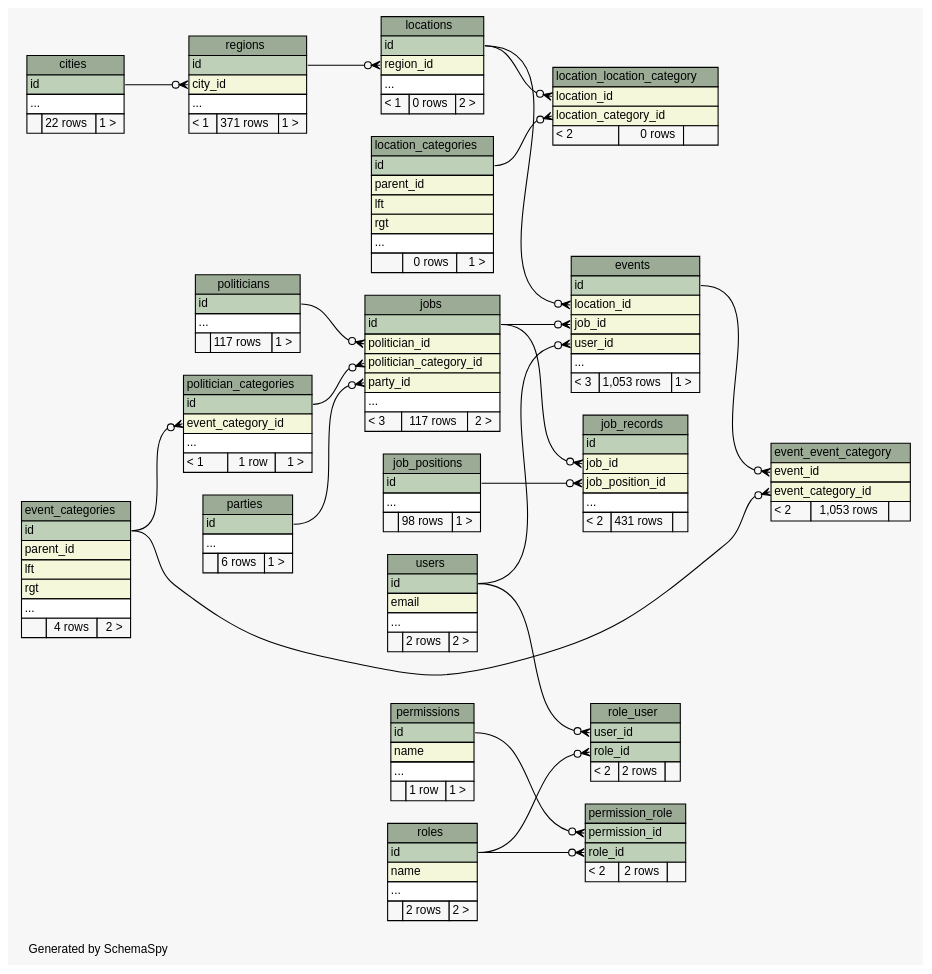
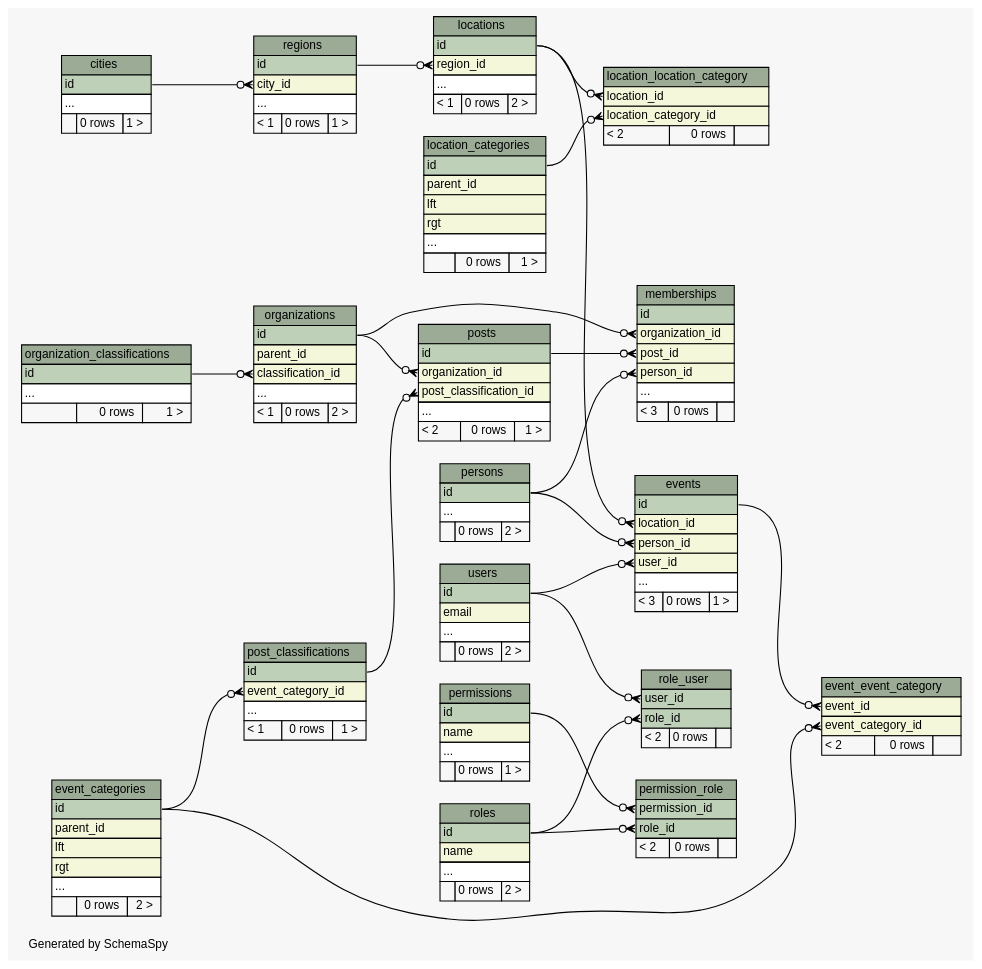
Before and after one commit to g0v/poli-radar-api: the diagram in docs/diagrams/summary/relationships.real.compact.dot, drawn with Graphviz. The commit also changed 140 other files, not shown here.

```diff
--- a/docs/diagrams/summary/relationships.real.compact.dot
+++ b/docs/diagrams/summary/relationships.real.compact.dot
@@ -25,7 +25,7 @@
       <TR><TD COLSPAN="3" BGCOLOR="#9bab96" ALIGN="CENTER">cities</TD></TR>
       <TR><TD PORT="id" COLSPAN="3" BGCOLOR="#bed1b8" ALIGN="LEFT">id</TD></TR>
       <TR><TD PORT="elipses" COLSPAN="3" ALIGN="LEFT">...</TD></TR>
-      <TR><TD ALIGN="LEFT" BGCOLOR="#f7f7f7">  </TD><TD ALIGN="RIGHT" BGCOLOR="#f7f7f7">22 rows</TD><TD ALIGN="RIGHT" BGCOLOR="#f7f7f7">1 &gt;</TD></TR>
+      <TR><TD ALIGN="LEFT" BGCOLOR="#f7f7f7">  </TD><TD ALIGN="RIGHT" BGCOLOR="#f7f7f7">0 rows</TD><TD ALIGN="RIGHT" BGCOLOR="#f7f7f7">1 &gt;</TD></TR>
     </TABLE>>
     URL="tables/cities.html"
     tooltip="cities"
@@ -39,7 +39,7 @@
       <TR><TD PORT="lft" COLSPAN="3" BGCOLOR="#f4f7da" ALIGN="LEFT">lft</TD></TR>
       <TR><TD PORT="rgt" COLSPAN="3" BGCOLOR="#f4f7da" ALIGN="LEFT">rgt</TD></TR>
       <TR><TD PORT="elipses" COLSPAN="3" ALIGN="LEFT">...</TD></TR>
-      <TR><TD ALIGN="LEFT" BGCOLOR="#f7f7f7">  </TD><TD ALIGN="RIGHT" BGCOLOR="#f7f7f7">4 rows</TD><TD ALIGN="RIGHT" BGCOLOR="#f7f7f7">2 &gt;</TD></TR>
+      <TR><TD ALIGN="LEFT" BGCOLOR="#f7f7f7">  </TD><TD ALIGN="RIGHT" BGCOLOR="#f7f7f7">0 rows</TD><TD ALIGN="RIGHT" BGCOLOR="#f7f7f7">2 &gt;</TD></TR>
     </TABLE>>
     URL="tables/event_categories.html"
     tooltip="event_categories"
@@ -50,7 +50,7 @@
       <TR><TD COLSPAN="3" BGCOLOR="#9bab96" ALIGN="CENTER">event_event_category</TD></TR>
       <TR><TD PORT="event_id" COLSPAN="3" BGCOLOR="#f4f7da" ALIGN="LEFT">event_id</TD></TR>
       <TR><TD PORT="event_category_id" COLSPAN="3" BGCOLOR="#f4f7da" ALIGN="LEFT">event_category_id</TD></TR>
-      <TR><TD ALIGN="LEFT" BGCOLOR="#f7f7f7">&lt; 2</TD><TD ALIGN="RIGHT" BGCOLOR="#f7f7f7">1,053 rows</TD><TD ALIGN="RIGHT" BGCOLOR="#f7f7f7">  </TD></TR>
+      <TR><TD ALIGN="LEFT" BGCOLOR="#f7f7f7">&lt; 2</TD><TD ALIGN="RIGHT" BGCOLOR="#f7f7f7">0 rows</TD><TD ALIGN="RIGHT" BGCOLOR="#f7f7f7">  </TD></TR>
     </TABLE>>
     URL="tables/event_event_category.html"
     tooltip="event_event_category"
@@ -61,51 +61,13 @@
       <TR><TD COLSPAN="3" BGCOLOR="#9bab96" ALIGN="CENTER">events</TD></TR>
       <TR><TD PORT="id" COLSPAN="3" BGCOLOR="#bed1b8" ALIGN="LEFT">id</TD></TR>
       <TR><TD PORT="location_id" COLSPAN="3" BGCOLOR="#f4f7da" ALIGN="LEFT">location_id</TD></TR>
-      <TR><TD PORT="job_id" COLSPAN="3" BGCOLOR="#f4f7da" ALIGN="LEFT">job_id</TD></TR>
+      <TR><TD PORT="person_id" COLSPAN="3" BGCOLOR="#f4f7da" ALIGN="LEFT">person_id</TD></TR>
       <TR><TD PORT="user_id" COLSPAN="3" BGCOLOR="#f4f7da" ALIGN="LEFT">user_id</TD></TR>
       <TR><TD PORT="elipses" COLSPAN="3" ALIGN="LEFT">...</TD></TR>
-      <TR><TD ALIGN="LEFT" BGCOLOR="#f7f7f7">&lt; 3</TD><TD ALIGN="RIGHT" BGCOLOR="#f7f7f7">1,053 rows</TD><TD ALIGN="RIGHT" BGCOLOR="#f7f7f7">1 &gt;</TD></TR>
+      <TR><TD ALIGN="LEFT" BGCOLOR="#f7f7f7">&lt; 3</TD><TD ALIGN="RIGHT" BGCOLOR="#f7f7f7">0 rows</TD><TD ALIGN="RIGHT" BGCOLOR="#f7f7f7">1 &gt;</TD></TR>
     </TABLE>>
     URL="tables/events.html"
     tooltip="events"
-  ];
-  "job_positions" [
-    label=<
-    <TABLE BORDER="0" CELLBORDER="1" CELLSPACING="0" BGCOLOR="#ffffff">
-      <TR><TD COLSPAN="3" BGCOLOR="#9bab96" ALIGN="CENTER">job_positions</TD></TR>
-      <TR><TD PORT="id" COLSPAN="3" BGCOLOR="#bed1b8" ALIGN="LEFT">id</TD></TR>
-      <TR><TD PORT="elipses" COLSPAN="3" ALIGN="LEFT">...</TD></TR>
-      <TR><TD ALIGN="LEFT" BGCOLOR="#f7f7f7">  </TD><TD ALIGN="RIGHT" BGCOLOR="#f7f7f7">98 rows</TD><TD ALIGN="RIGHT" BGCOLOR="#f7f7f7">1 &gt;</TD></TR>
-    </TABLE>>
-    URL="tables/job_positions.html"
-    tooltip="job_positions"
-  ];
-  "job_records" [
-    label=<
-    <TABLE BORDER="0" CELLBORDER="1" CELLSPACING="0" BGCOLOR="#ffffff">
-      <TR><TD COLSPAN="3" BGCOLOR="#9bab96" ALIGN="CENTER">job_records</TD></TR>
-      <TR><TD PORT="id" COLSPAN="3" BGCOLOR="#bed1b8" ALIGN="LEFT">id</TD></TR>
-      <TR><TD PORT="job_id" COLSPAN="3" BGCOLOR="#f4f7da" ALIGN="LEFT">job_id</TD></TR>
-      <TR><TD PORT="job_position_id" COLSPAN="3" BGCOLOR="#f4f7da" ALIGN="LEFT">job_position_id</TD></TR>
-      <TR><TD PORT="elipses" COLSPAN="3" ALIGN="LEFT">...</TD></TR>
-      <TR><TD ALIGN="LEFT" BGCOLOR="#f7f7f7">&lt; 2</TD><TD ALIGN="RIGHT" BGCOLOR="#f7f7f7">431 rows</TD><TD ALIGN="RIGHT" BGCOLOR="#f7f7f7">  </TD></TR>
-    </TABLE>>
-    URL="tables/job_records.html"
-    tooltip="job_records"
-  ];
-  "jobs" [
-    label=<
-    <TABLE BORDER="0" CELLBORDER="1" CELLSPACING="0" BGCOLOR="#ffffff">
-      <TR><TD COLSPAN="3" BGCOLOR="#9bab96" ALIGN="CENTER">jobs</TD></TR>
-      <TR><TD PORT="id" COLSPAN="3" BGCOLOR="#bed1b8" ALIGN="LEFT">id</TD></TR>
-      <TR><TD PORT="politician_id" COLSPAN="3" BGCOLOR="#f4f7da" ALIGN="LEFT">politician_id</TD></TR>
-      <TR><TD PORT="politician_category_id" COLSPAN="3" BGCOLOR="#f4f7da" ALIGN="LEFT">politician_category_id</TD></TR>
-      <TR><TD PORT="party_id" COLSPAN="3" BGCOLOR="#f4f7da" ALIGN="LEFT">party_id</TD></TR>
-      <TR><TD PORT="elipses" COLSPAN="3" ALIGN="LEFT">...</TD></TR>
-      <TR><TD ALIGN="LEFT" BGCOLOR="#f7f7f7">&lt; 3</TD><TD ALIGN="RIGHT" BGCOLOR="#f7f7f7">117 rows</TD><TD ALIGN="RIGHT" BGCOLOR="#f7f7f7">2 &gt;</TD></TR>
-    </TABLE>>
-    URL="tables/jobs.html"
-    tooltip="jobs"
   ];
   "location_categories" [
     label=<
@@ -144,16 +106,43 @@
     URL="tables/locations.html"
     tooltip="locations"
   ];
-  "parties" [
+  "memberships" [
     label=<
     <TABLE BORDER="0" CELLBORDER="1" CELLSPACING="0" BGCOLOR="#ffffff">
-      <TR><TD COLSPAN="3" BGCOLOR="#9bab96" ALIGN="CENTER">parties</TD></TR>
+      <TR><TD COLSPAN="3" BGCOLOR="#9bab96" ALIGN="CENTER">memberships</TD></TR>
+      <TR><TD PORT="id" COLSPAN="3" BGCOLOR="#bed1b8" ALIGN="LEFT">id</TD></TR>
+      <TR><TD PORT="organization_id" COLSPAN="3" BGCOLOR="#f4f7da" ALIGN="LEFT">organization_id</TD></TR>
+      <TR><TD PORT="post_id" COLSPAN="3" BGCOLOR="#f4f7da" ALIGN="LEFT">post_id</TD></TR>
+      <TR><TD PORT="person_id" COLSPAN="3" BGCOLOR="#f4f7da" ALIGN="LEFT">person_id</TD></TR>
+      <TR><TD PORT="elipses" COLSPAN="3" ALIGN="LEFT">...</TD></TR>
+      <TR><TD ALIGN="LEFT" BGCOLOR="#f7f7f7">&lt; 3</TD><TD ALIGN="RIGHT" BGCOLOR="#f7f7f7">0 rows</TD><TD ALIGN="RIGHT" BGCOLOR="#f7f7f7">  </TD></TR>
+    </TABLE>>
+    URL="tables/memberships.html"
+    tooltip="memberships"
+  ];
+  "organization_classifications" [
+    label=<
+    <TABLE BORDER="0" CELLBORDER="1" CELLSPACING="0" BGCOLOR="#ffffff">
+      <TR><TD COLSPAN="3" BGCOLOR="#9bab96" ALIGN="CENTER">organization_classifications</TD></TR>
       <TR><TD PORT="id" COLSPAN="3" BGCOLOR="#bed1b8" ALIGN="LEFT">id</TD></TR>
       <TR><TD PORT="elipses" COLSPAN="3" ALIGN="LEFT">...</TD></TR>
-      <TR><TD ALIGN="LEFT" BGCOLOR="#f7f7f7">  </TD><TD ALIGN="RIGHT" BGCOLOR="#f7f7f7">6 rows</TD><TD ALIGN="RIGHT" BGCOLOR="#f7f7f7">1 &gt;</TD></TR>
+      <TR><TD ALIGN="LEFT" BGCOLOR="#f7f7f7">  </TD><TD ALIGN="RIGHT" BGCOLOR="#f7f7f7">0 rows</TD><TD ALIGN="RIGHT" BGCOLOR="#f7f7f7">1 &gt;</TD></TR>
     </TABLE>>
-    URL="tables/parties.html"
-    tooltip="parties"
+    URL="tables/organization_classifications.html"
+    tooltip="organization_classifications"
+  ];
+  "organizations" [
+    label=<
+    <TABLE BORDER="0" CELLBORDER="1" CELLSPACING="0" BGCOLOR="#ffffff">
+      <TR><TD COLSPAN="3" BGCOLOR="#9bab96" ALIGN="CENTER">organizations</TD></TR>
+      <TR><TD PORT="id" COLSPAN="3" BGCOLOR="#bed1b8" ALIGN="LEFT">id</TD></TR>
+      <TR><TD PORT="parent_id" COLSPAN="3" BGCOLOR="#f4f7da" ALIGN="LEFT">parent_id</TD></TR>
+      <TR><TD PORT="classification_id" COLSPAN="3" BGCOLOR="#f4f7da" ALIGN="LEFT">classification_id</TD></TR>
+      <TR><TD PORT="elipses" COLSPAN="3" ALIGN="LEFT">...</TD></TR>
+      <TR><TD ALIGN="LEFT" BGCOLOR="#f7f7f7">&lt; 1</TD><TD ALIGN="RIGHT" BGCOLOR="#f7f7f7">0 rows</TD><TD ALIGN="RIGHT" BGCOLOR="#f7f7f7">2 &gt;</TD></TR>
+    </TABLE>>
+    URL="tables/organizations.html"
+    tooltip="organizations"
   ];
   "permission_role" [
     label=<
@@ -161,7 +150,7 @@
       <TR><TD COLSPAN="3" BGCOLOR="#9bab96" ALIGN="CENTER">permission_role</TD></TR>
       <TR><TD PORT="permission_id" COLSPAN="3" BGCOLOR="#bed1b8" ALIGN="LEFT">permission_id</TD></TR>
       <TR><TD PORT="role_id" COLSPAN="3" BGCOLOR="#bed1b8" ALIGN="LEFT">role_id</TD></TR>
-      <TR><TD ALIGN="LEFT" BGCOLOR="#f7f7f7">&lt; 2</TD><TD ALIGN="RIGHT" BGCOLOR="#f7f7f7">2 rows</TD><TD ALIGN="RIGHT" BGCOLOR="#f7f7f7">  </TD></TR>
+      <TR><TD ALIGN="LEFT" BGCOLOR="#f7f7f7">&lt; 2</TD><TD ALIGN="RIGHT" BGCOLOR="#f7f7f7">0 rows</TD><TD ALIGN="RIGHT" BGCOLOR="#f7f7f7">  </TD></TR>
     </TABLE>>
     URL="tables/permission_role.html"
     tooltip="permission_role"
@@ -173,33 +162,46 @@
       <TR><TD PORT="id" COLSPAN="3" BGCOLOR="#bed1b8" ALIGN="LEFT">id</TD></TR>
       <TR><TD PORT="name" COLSPAN="3" BGCOLOR="#f4f7da" ALIGN="LEFT">name</TD></TR>
       <TR><TD PORT="elipses" COLSPAN="3" ALIGN="LEFT">...</TD></TR>
-      <TR><TD ALIGN="LEFT" BGCOLOR="#f7f7f7">  </TD><TD ALIGN="RIGHT" BGCOLOR="#f7f7f7">1 row</TD><TD ALIGN="RIGHT" BGCOLOR="#f7f7f7">1 &gt;</TD></TR>
+      <TR><TD ALIGN="LEFT" BGCOLOR="#f7f7f7">  </TD><TD ALIGN="RIGHT" BGCOLOR="#f7f7f7">0 rows</TD><TD ALIGN="RIGHT" BGCOLOR="#f7f7f7">1 &gt;</TD></TR>
     </TABLE>>
     URL="tables/permissions.html"
     tooltip="permissions"
   ];
-  "politician_categories" [
+  "persons" [
     label=<
     <TABLE BORDER="0" CELLBORDER="1" CELLSPACING="0" BGCOLOR="#ffffff">
-      <TR><TD COLSPAN="3" BGCOLOR="#9bab96" ALIGN="CENTER">politician_categories</TD></TR>
+      <TR><TD COLSPAN="3" BGCOLOR="#9bab96" ALIGN="CENTER">persons</TD></TR>
+      <TR><TD PORT="id" COLSPAN="3" BGCOLOR="#bed1b8" ALIGN="LEFT">id</TD></TR>
+      <TR><TD PORT="elipses" COLSPAN="3" ALIGN="LEFT">...</TD></TR>
+      <TR><TD ALIGN="LEFT" BGCOLOR="#f7f7f7">  </TD><TD ALIGN="RIGHT" BGCOLOR="#f7f7f7">0 rows</TD><TD ALIGN="RIGHT" BGCOLOR="#f7f7f7">2 &gt;</TD></TR>
+    </TABLE>>
+    URL="tables/persons.html"
+    tooltip="persons"
+  ];
+  "post_classifications" [
+    label=<
+    <TABLE BORDER="0" CELLBORDER="1" CELLSPACING="0" BGCOLOR="#ffffff">
+      <TR><TD COLSPAN="3" BGCOLOR="#9bab96" ALIGN="CENTER">post_classifications</TD></TR>
       <TR><TD PORT="id" COLSPAN="3" BGCOLOR="#bed1b8" ALIGN="LEFT">id</TD></TR>
       <TR><TD PORT="event_category_id" COLSPAN="3" BGCOLOR="#f4f7da" ALIGN="LEFT">event_category_id</TD></TR>
       <TR><TD PORT="elipses" COLSPAN="3" ALIGN="LEFT">...</TD></TR>
-      <TR><TD ALIGN="LEFT" BGCOLOR="#f7f7f7">&lt; 1</TD><TD ALIGN="RIGHT" BGCOLOR="#f7f7f7">1 row</TD><TD ALIGN="RIGHT" BGCOLOR="#f7f7f7">1 &gt;</TD></TR>
+      <TR><TD ALIGN="LEFT" BGCOLOR="#f7f7f7">&lt; 1</TD><TD ALIGN="RIGHT" BGCOLOR="#f7f7f7">0 rows</TD><TD ALIGN="RIGHT" BGCOLOR="#f7f7f7">1 &gt;</TD></TR>
     </TABLE>>
-    URL="tables/politician_categories.html"
-    tooltip="politician_categories"
+    URL="tables/post_classifications.html"
+    tooltip="post_classifications"
   ];
-  "politicians" [
+  "posts" [
     label=<
     <TABLE BORDER="0" CELLBORDER="1" CELLSPACING="0" BGCOLOR="#ffffff">
-      <TR><TD COLSPAN="3" BGCOLOR="#9bab96" ALIGN="CENTER">politicians</TD></TR>
+      <TR><TD COLSPAN="3" BGCOLOR="#9bab96" ALIGN="CENTER">posts</TD></TR>
       <TR><TD PORT="id" COLSPAN="3" BGCOLOR="#bed1b8" ALIGN="LEFT">id</TD></TR>
+      <TR><TD PORT="organization_id" COLSPAN="3" BGCOLOR="#f4f7da" ALIGN="LEFT">organization_id</TD></TR>
+      <TR><TD PORT="post_classification_id" COLSPAN="3" BGCOLOR="#f4f7da" ALIGN="LEFT">post_classification_id</TD></TR>
       <TR><TD PORT="elipses" COLSPAN="3" ALIGN="LEFT">...</TD></TR>
-      <TR><TD ALIGN="LEFT" BGCOLOR="#f7f7f7">  </TD><TD ALIGN="RIGHT" BGCOLOR="#f7f7f7">117 rows</TD><TD ALIGN="RIGHT" BGCOLOR="#f7f7f7">1 &gt;</TD></TR>
+      <TR><TD ALIGN="LEFT" BGCOLOR="#f7f7f7">&lt; 2</TD><TD ALIGN="RIGHT" BGCOLOR="#f7f7f7">0 rows</TD><TD ALIGN="RIGHT" BGCOLOR="#f7f7f7">1 &gt;</TD></TR>
     </TABLE>>
-    URL="tables/politicians.html"
-    tooltip="politicians"
+    URL="tables/posts.html"
+    tooltip="posts"
   ];
   "regions" [
     label=<
@@ -208,7 +210,7 @@
       <TR><TD PORT="id" COLSPAN="3" BGCOLOR="#bed1b8" ALIGN="LEFT">id</TD></TR>
       <TR><TD PORT="city_id" COLSPAN="3" BGCOLOR="#f4f7da" ALIGN="LEFT">city_id</TD></TR>
       <TR><TD PORT="elipses" COLSPAN="3" ALIGN="LEFT">...</TD></TR>
-      <TR><TD ALIGN="LEFT" BGCOLOR="#f7f7f7">&lt; 1</TD><TD ALIGN="RIGHT" BGCOLOR="#f7f7f7">371 rows</TD><TD ALIGN="RIGHT" BGCOLOR="#f7f7f7">1 &gt;</TD></TR>
+      <TR><TD ALIGN="LEFT" BGCOLOR="#f7f7f7">&lt; 1</TD><TD ALIGN="RIGHT" BGCOLOR="#f7f7f7">0 rows</TD><TD ALIGN="RIGHT" BGCOLOR="#f7f7f7">1 &gt;</TD></TR>
     </TABLE>>
     URL="tables/regions.html"
     tooltip="regions"
@@ -219,7 +221,7 @@
       <TR><TD COLSPAN="3" BGCOLOR="#9bab96" ALIGN="CENTER">role_user</TD></TR>
       <TR><TD PORT="user_id" COLSPAN="3" BGCOLOR="#bed1b8" ALIGN="LEFT">user_id</TD></TR>
       <TR><TD PORT="role_id" COLSPAN="3" BGCOLOR="#bed1b8" ALIGN="LEFT">role_id</TD></TR>
-      <TR><TD ALIGN="LEFT" BGCOLOR="#f7f7f7">&lt; 2</TD><TD ALIGN="RIGHT" BGCOLOR="#f7f7f7">2 rows</TD><TD ALIGN="RIGHT" BGCOLOR="#f7f7f7">  </TD></TR>
+      <TR><TD ALIGN="LEFT" BGCOLOR="#f7f7f7">&lt; 2</TD><TD ALIGN="RIGHT" BGCOLOR="#f7f7f7">0 rows</TD><TD ALIGN="RIGHT" BGCOLOR="#f7f7f7">  </TD></TR>
     </TABLE>>
     URL="tables/role_user.html"
     tooltip="role_user"
@@ -231,7 +233,7 @@
       <TR><TD PORT="id" COLSPAN="3" BGCOLOR="#bed1b8" ALIGN="LEFT">id</TD></TR>
       <TR><TD PORT="name" COLSPAN="3" BGCOLOR="#f4f7da" ALIGN="LEFT">name</TD></TR>
       <TR><TD PORT="elipses" COLSPAN="3" ALIGN="LEFT">...</TD></TR>
-      <TR><TD ALIGN="LEFT" BGCOLOR="#f7f7f7">  </TD><TD ALIGN="RIGHT" BGCOLOR="#f7f7f7">2 rows</TD><TD ALIGN="RIGHT" BGCOLOR="#f7f7f7">2 &gt;</TD></TR>
+      <TR><TD ALIGN="LEFT" BGCOLOR="#f7f7f7">  </TD><TD ALIGN="RIGHT" BGCOLOR="#f7f7f7">0 rows</TD><TD ALIGN="RIGHT" BGCOLOR="#f7f7f7">2 &gt;</TD></TR>
     </TABLE>>
     URL="tables/roles.html"
     tooltip="roles"
@@ -243,27 +245,28 @@
       <TR><TD PORT="id" COLSPAN="3" BGCOLOR="#bed1b8" ALIGN="LEFT">id</TD></TR>
       <TR><TD PORT="email" COLSPAN="3" BGCOLOR="#f4f7da" ALIGN="LEFT">email</TD></TR>
       <TR><TD PORT="elipses" COLSPAN="3" ALIGN="LEFT">...</TD></TR>
-      <TR><TD ALIGN="LEFT" BGCOLOR="#f7f7f7">  </TD><TD ALIGN="RIGHT" BGCOLOR="#f7f7f7">2 rows</TD><TD ALIGN="RIGHT" BGCOLOR="#f7f7f7">2 &gt;</TD></TR>
+      <TR><TD ALIGN="LEFT" BGCOLOR="#f7f7f7">  </TD><TD ALIGN="RIGHT" BGCOLOR="#f7f7f7">0 rows</TD><TD ALIGN="RIGHT" BGCOLOR="#f7f7f7">2 &gt;</TD></TR>
     </TABLE>>
     URL="tables/users.html"
     tooltip="users"
   ];
   "event_event_category":"event_category_id":w -> "event_categories":"id":e [arrowhead=none dir=back arrowtail=crowodot];
   "event_event_category":"event_id":w -> "events":"id":e [arrowhead=none dir=back arrowtail=crowodot];
-  "events":"job_id":w -> "jobs":"id":e [arrowhead=none dir=back arrowtail=crowodot];
   "events":"location_id":w -> "locations":"id":e [arrowhead=none dir=back arrowtail=crowodot];
+  "events":"person_id":w -> "persons":"id":e [arrowhead=none dir=back arrowtail=crowodot];
   "events":"user_id":w -> "users":"id":e [arrowhead=none dir=back arrowtail=crowodot];
-  "job_records":"job_id":w -> "jobs":"id":e [arrowhead=none dir=back arrowtail=crowodot];
-  "job_records":"job_position_id":w -> "job_positions":"id":e [arrowhead=none dir=back arrowtail=crowodot];
-  "jobs":"party_id":w -> "parties":"id":e [arrowhead=none dir=back arrowtail=crowodot];
-  "jobs":"politician_category_id":w -> "politician_categories":"id":e [arrowhead=none dir=back arrowtail=crowodot];
-  "jobs":"politician_id":w -> "politicians":"id":e [arrowhead=none dir=back arrowtail=crowodot];
   "location_location_category":"location_category_id":w -> "location_categories":"id":e [arrowhead=none dir=back arrowtail=crowodot];
   "location_location_category":"location_id":w -> "locations":"id":e [arrowhead=none dir=back arrowtail=crowodot];
   "locations":"region_id":w -> "regions":"id":e [arrowhead=none dir=back arrowtail=crowodot];
+  "memberships":"organization_id":w -> "organizations":"id":e [arrowhead=none dir=back arrowtail=crowodot];
+  "memberships":"person_id":w -> "persons":"id":e [arrowhead=none dir=back arrowtail=crowodot];
+  "memberships":"post_id":w -> "posts":"id":e [arrowhead=none dir=back arrowtail=crowodot];
+  "organizations":"classification_id":w -> "organization_classifications":"id":e [arrowhead=none dir=back arrowtail=crowodot];
   "permission_role":"permission_id":w -> "permissions":"id":e [arrowhead=none dir=back arrowtail=crowodot];
   "permission_role":"role_id":w -> "roles":"id":e [arrowhead=none dir=back arrowtail=crowodot];
-  "politician_categories":"event_category_id":w -> "event_categories":"id":e [arrowhead=none dir=back arrowtail=crowodot];
+  "post_classifications":"event_category_id":w -> "event_categories":"id":e [arrowhead=none dir=back arrowtail=crowodot];
+  "posts":"organization_id":w -> "organizations":"id":e [arrowhead=none dir=back arrowtail=crowodot];
+  "posts":"post_classification_id":w -> "post_classifications":"id":e [arrowhead=none dir=back arrowtail=crowodot];
   "regions":"city_id":w -> "cities":"id":e [arrowhead=none dir=back arrowtail=crowodot];
   "role_user":"role_id":w -> "roles":"id":e [arrowhead=none dir=back arrowtail=crowodot];
   "role_user":"user_id":w -> "users":"id":e [arrowhead=none dir=back arrowtail=crowodot];
```
